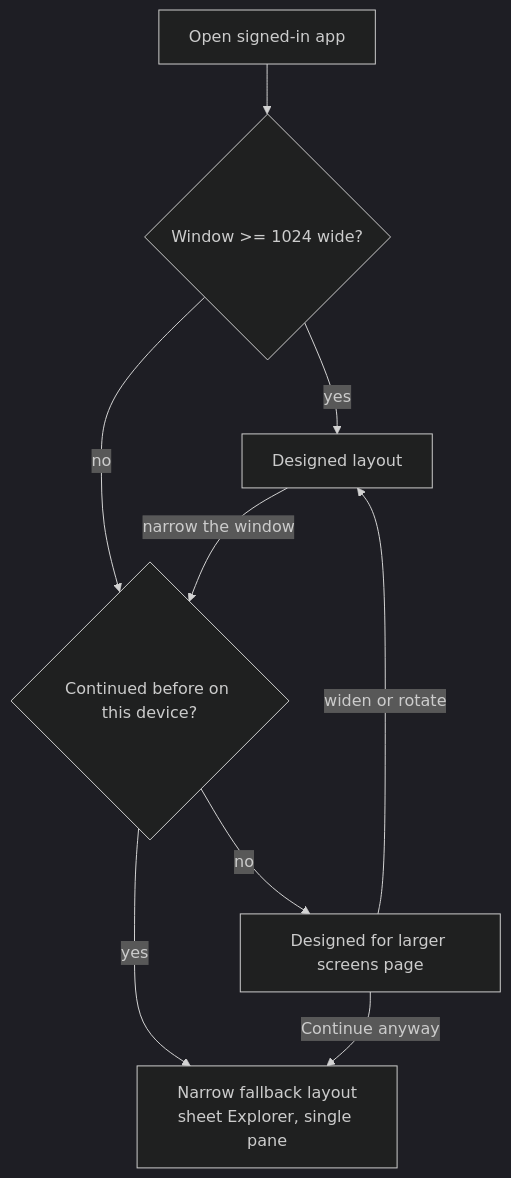
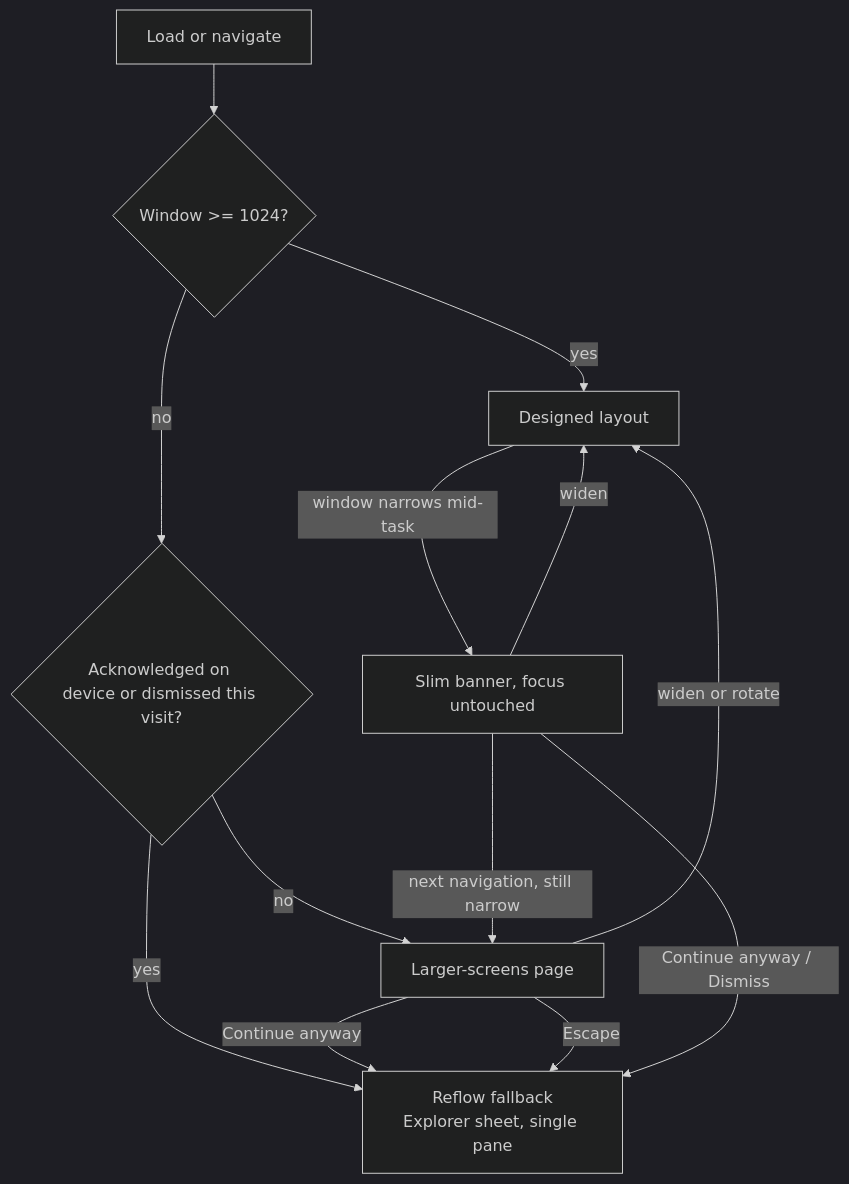
Before and after one commit to HuttonHomeHub/SchedulePoint_1: the third of 3 diagrams in docs/specs/minimum-viewport/feature-spec.md, drawn with Mermaid (dark theme). The commit also changed other lines of this file and 3 other files, not shown here.

````diff
--- a/docs/specs/minimum-viewport/feature-spec.md
+++ b/docs/specs/minimum-viewport/feature-spec.md
@@ -503,11 +722,15 @@
 ```mermaid
 flowchart TD
-  Open[Open signed-in app] --> W{Window >= 1024 wide?}
+  Open[Load or navigate] --> W{Window >= 1024?}
   W -- yes --> App[Designed layout]
-  W -- no --> K{Continued before on this device?}
-  K -- yes --> Narrow[Narrow fallback layout\nsheet Explorer, single pane]
-  K -- no --> Page[Designed for larger screens page]
+  W -- no --> K{Acknowledged on device or dismissed this visit?}
+  K -- yes --> Narrow[Reflow fallback\nExplorer sheet, single pane]
+  K -- no --> Page[Larger-screens page]
   Page -- widen or rotate --> App
   Page -- Continue anyway --> Narrow
-  App -- narrow the window --> K
+  Page -- Escape --> Narrow
+  App -- window narrows mid-task --> Banner[Slim banner, focus untouched]
+  Banner -- widen --> App
+  Banner -- Continue anyway / Dismiss --> Narrow
+  Banner -- next navigation, still narrow --> Page
 ```
````
